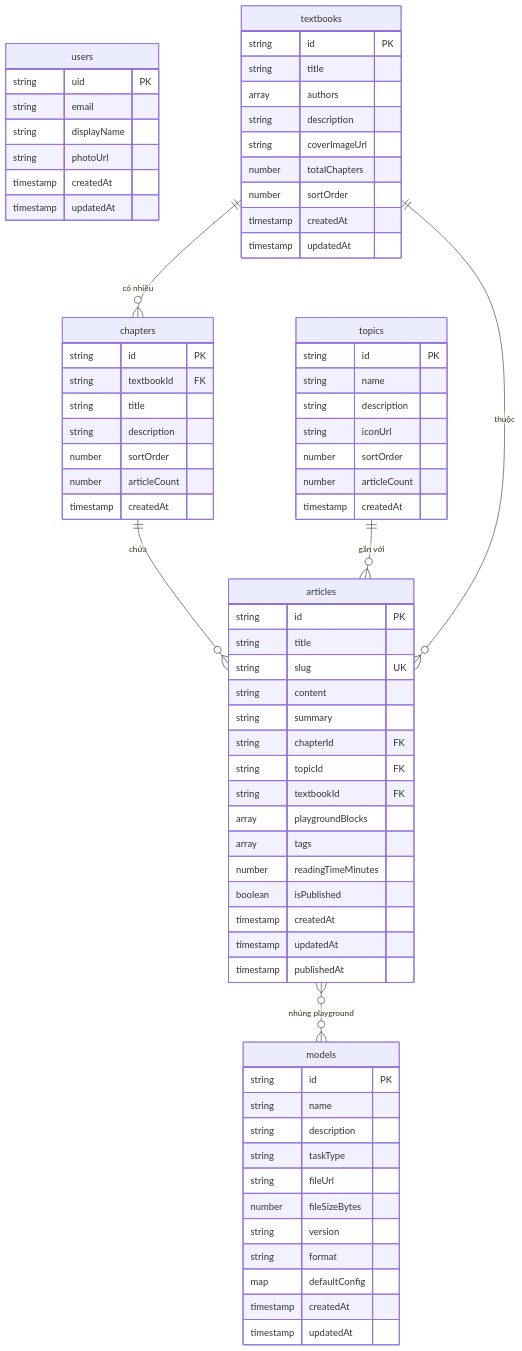
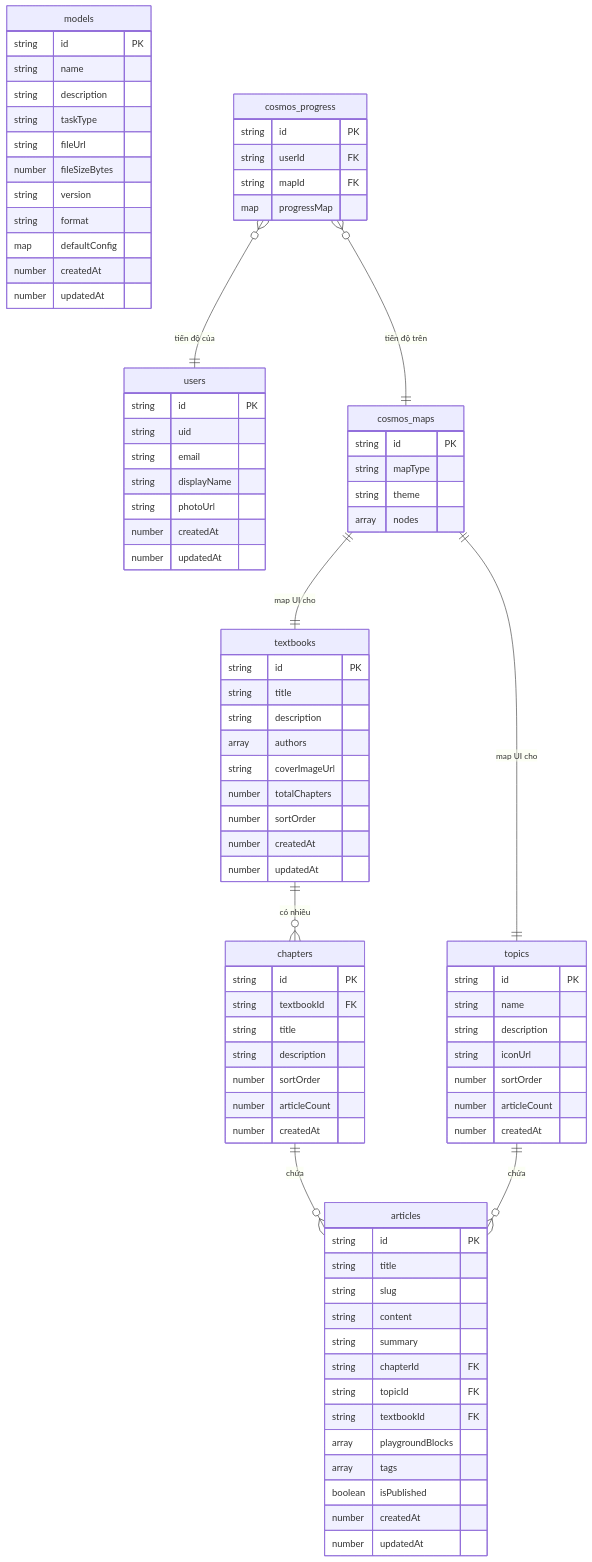
The diagram in docs/design/data-model.md (iAmHieu2012/Sequoia), drawn with Mermaid before and after one commit. The commit also changed other lines of this file and 20 other files, not shown here.

First line of the commit message:
feat: overhaul architecture to Sci-Fi Cosmos theme and implement backend models

````diff
--- a/docs/design/data-model.md
+++ b/docs/design/data-model.md
@@ -10,24 +16,25 @@
 ```mermaid
 erDiagram
     users {
-        string uid PK
+        string id PK
+        string uid
         string email
         string displayName
         string photoUrl
-        timestamp createdAt
-        timestamp updatedAt
+        number createdAt
+        number updatedAt
     }
 
     textbooks {
         string id PK
         string title
+        string description
         array authors
-        string description
         string coverImageUrl
         number totalChapters
         number sortOrder
-        timestamp createdAt
-        timestamp updatedAt
+        number createdAt
+        number updatedAt
     }
 
     chapters {
@@ -37,7 +44,7 @@
         string description
         number sortOrder
         number articleCount
-        timestamp createdAt
+        number createdAt
     }
 
     topics {
@@ -47,13 +54,13 @@
         string iconUrl
         number sortOrder
         number articleCount
-        timestamp createdAt
+        number createdAt
     }
 
     articles {
         string id PK
         string title
-        string slug UK
+        string slug
         string content
         string summary
         string chapterId FK
@@ -61,11 +68,9 @@
         string textbookId FK
         array playgroundBlocks
         array tags
-        number readingTimeMinutes
         boolean isPublished
-        timestamp createdAt
-        timestamp updatedAt
-        timestamp publishedAt
+        number createdAt
+        number updatedAt
     }
 
     models {
@@ -78,13 +83,29 @@
         string version
         string format
         map defaultConfig
-        timestamp createdAt
-        timestamp updatedAt
+        number createdAt
+        number updatedAt
+    }
+
+    cosmos_maps {
+        string id PK
+        string mapType
+        string theme
+        array nodes
+    }
+
+    cosmos_progress {
+        string id PK
+        string userId FK
+        string mapId FK
+        map progressMap
     }
 
     textbooks ||--o{ chapters : "có nhiều"
     chapters ||--o{ articles : "chứa"
-    topics ||--o{ articles : "gắn với"
-    textbooks ||--o{ articles : "thuộc"
-    articles }o--o{ models : "nhúng playground"
+    topics ||--o{ articles : "chứa"
+    cosmos_maps ||--|| textbooks : "map UI cho"
+    cosmos_maps ||--|| topics : "map UI cho"
+    cosmos_progress }o--|| users : "tiến độ của"
+    cosmos_progress }o--|| cosmos_maps : "tiến độ trên"
 ```
````
